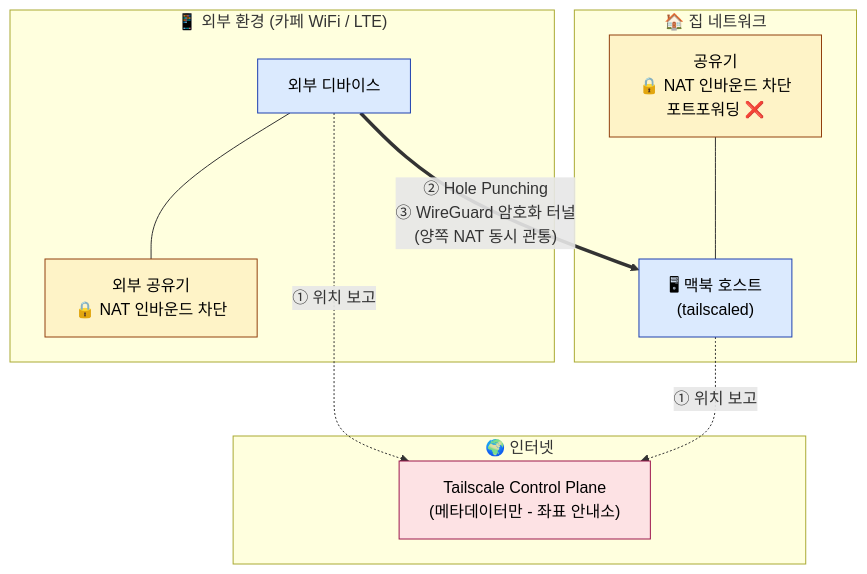
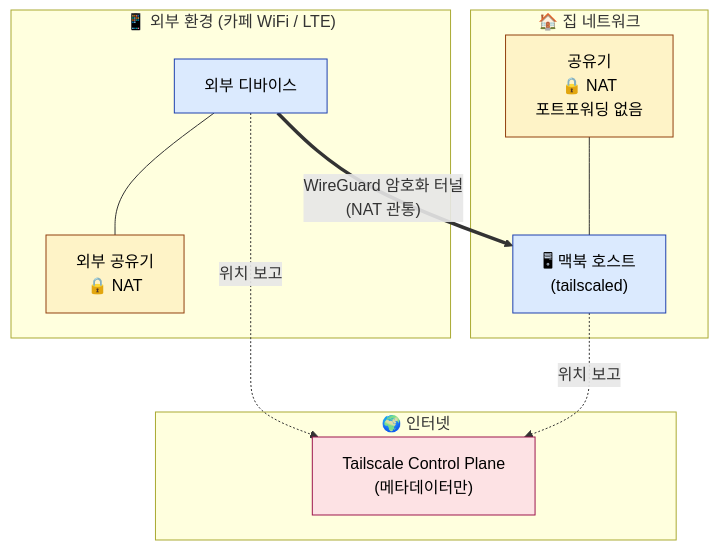
One commit to currenjin/currenjin.github.io changed the first of 13 diagrams in _wiki/homelab.md. Above: the diagram before and after it, drawn with Mermaid. The commit also changed other lines of this file, not shown here.

````diff
--- a/_wiki/homelab.md
+++ b/_wiki/homelab.md
@@ -151,29 +50,29 @@
 ```mermaid
 flowchart TB
   subgraph Internet["🌍 인터넷"]
-    CP["Tailscale Control Plane<br/>(메타데이터만 - 좌표 안내소)"]
+    CP["Tailscale Control Plane<br/>(메타데이터만)"]
   end
 
   subgraph External["📱 외부 환경 (카페 WiFi / LTE)"]
-    ExtRouter["외부 공유기<br/>🔒 NAT 인바운드 차단"]
+    ExtRouter["외부 공유기<br/>🔒 NAT"]
     ExtDevice["외부 디바이스"]
     ExtDevice --- ExtRouter
   end
 
   subgraph Home["🏠 집 네트워크"]
-    HomeRouter["공유기<br/>🔒 NAT 인바운드 차단<br/>포트포워딩 ❌"]
+    HomeRouter["공유기<br/>🔒 NAT<br/>포트포워딩 없음"]
     Host["🖥 맥북 호스트<br/>(tailscaled)"]
     HomeRouter --- Host
   end
 
-  ExtDevice -. "① 위치 보고" .-> CP
-  Host -. "① 위치 보고" .-> CP
-  ExtDevice == "② Hole Punching<br/>③ WireGuard 암호화 터널<br/>(양쪽 NAT 동시 관통)" ==> Host
+  ExtDevice -. 위치 보고 .-> CP
+  Host -. 위치 보고 .-> CP
+  ExtDevice == "WireGuard 암호화 터널<br/>(NAT 관통)" ==> Host
 
   classDef ctrl fill:#fde2e4,stroke:#9d174d,color:#000
   classDef host fill:#dbeafe,stroke:#1e40af,color:#000
   classDef router fill:#fef3c7,stroke:#92400e,color:#000
   class CP ctrl
   class Host,ExtDevice host
   class HomeRouter,ExtRouter router
 ```
````
